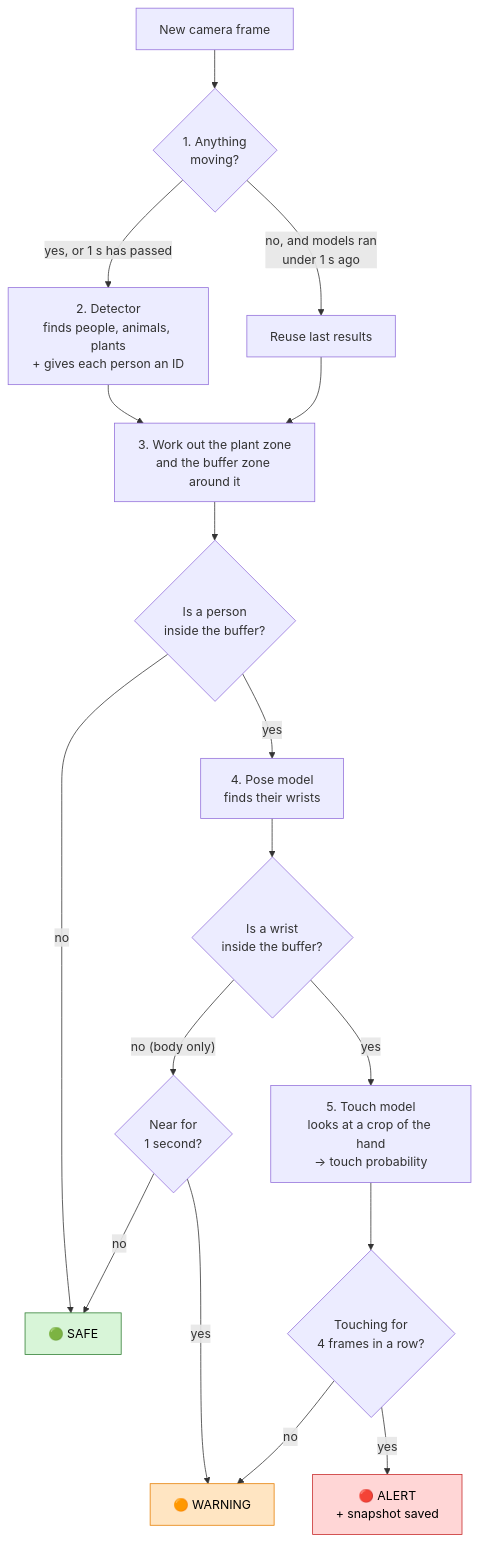
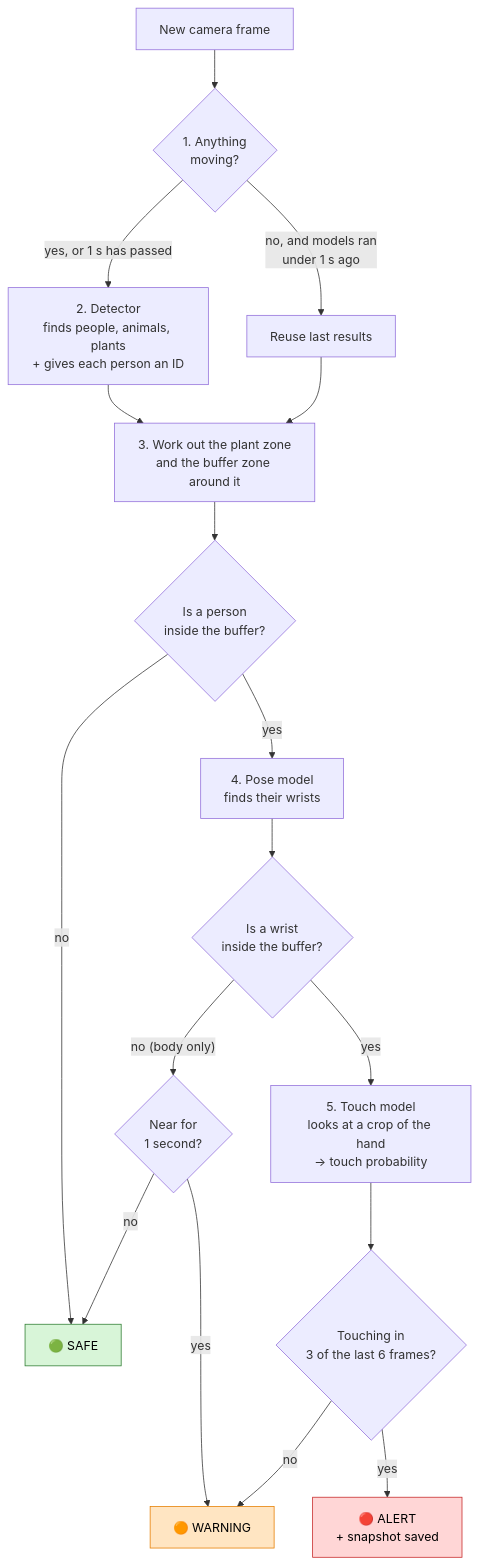
One commit to NyChieng/Innovation-Private-Proto changed the second of 6 diagrams in ai-vision-node/README.md. Above: the diagram before and after it, drawn with Mermaid. The commit also changed other lines of this file and 755 other files, not shown here.

````diff
--- a/ai-vision-node/README.md
+++ b/ai-vision-node/README.md
@@ -53,26 +56,26 @@
 ```mermaid
 flowchart TD
     F["New camera frame"] --> M{"1. Anything<br/>moving?"}
     M -- "no, and models ran<br/>under 1 s ago" --> REUSE["Reuse last results"]
     M -- "yes, or 1 s has passed" --> DET["2. Detector<br/>finds people, animals, plants<br/>+ gives each person an ID"]
     DET --> ZONE["3. Work out the plant zone<br/>and the buffer zone around it"]
     REUSE --> ZONE
     ZONE --> NEAR{"Is a person<br/>inside the buffer?"}
     NEAR -- no --> SAFE["🟢 SAFE"]
     NEAR -- yes --> POSE["4. Pose model<br/>finds their wrists"]
     POSE --> HAND{"Is a wrist<br/>inside the buffer?"}
     HAND -- "no (body only)" --> WAIT{"Near for<br/>1 second?"}
     WAIT -- no --> SAFE
     WAIT -- yes --> WARN["🟠 WARNING"]
     HAND -- yes --> TOUCH["5. Touch model<br/>looks at a crop of the hand<br/>→ touch probability"]
-    TOUCH --> T{"Touching for<br/>4 frames in a row?"}
+    TOUCH --> T{"Touching in<br/>3 of the last 6 frames?"}
     T -- no --> WARN
     T -- yes --> ALERT["🔴 ALERT<br/>+ snapshot saved"]
 
     classDef safe fill:#d8f5d8,stroke:#2e7d32,color:#000
     classDef warn fill:#ffe5c2,stroke:#e67e00,color:#000
     classDef alert fill:#ffd6d6,stroke:#c62828,color:#000
     class SAFE safe
     class WARN warn
     class ALERT alert
 ```
````
